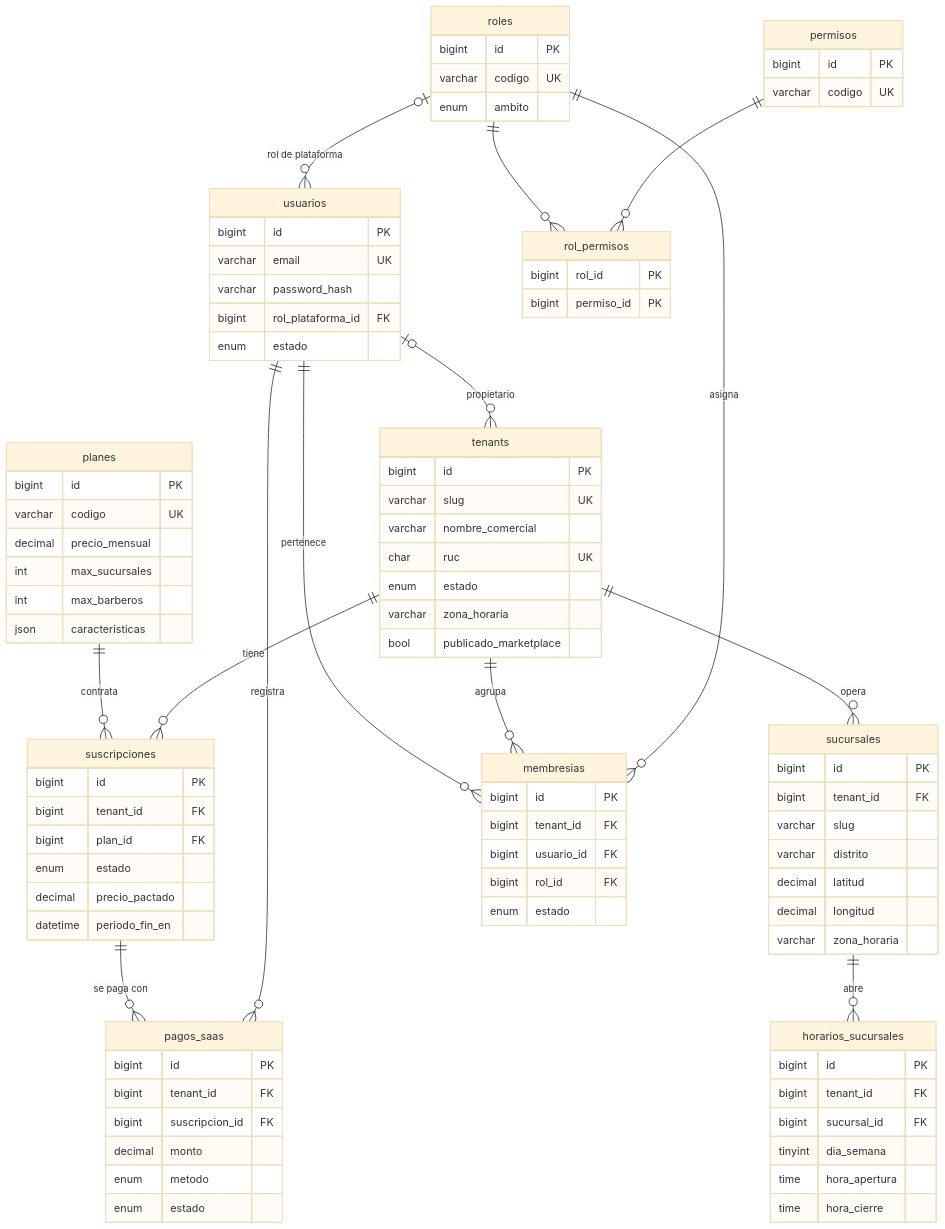
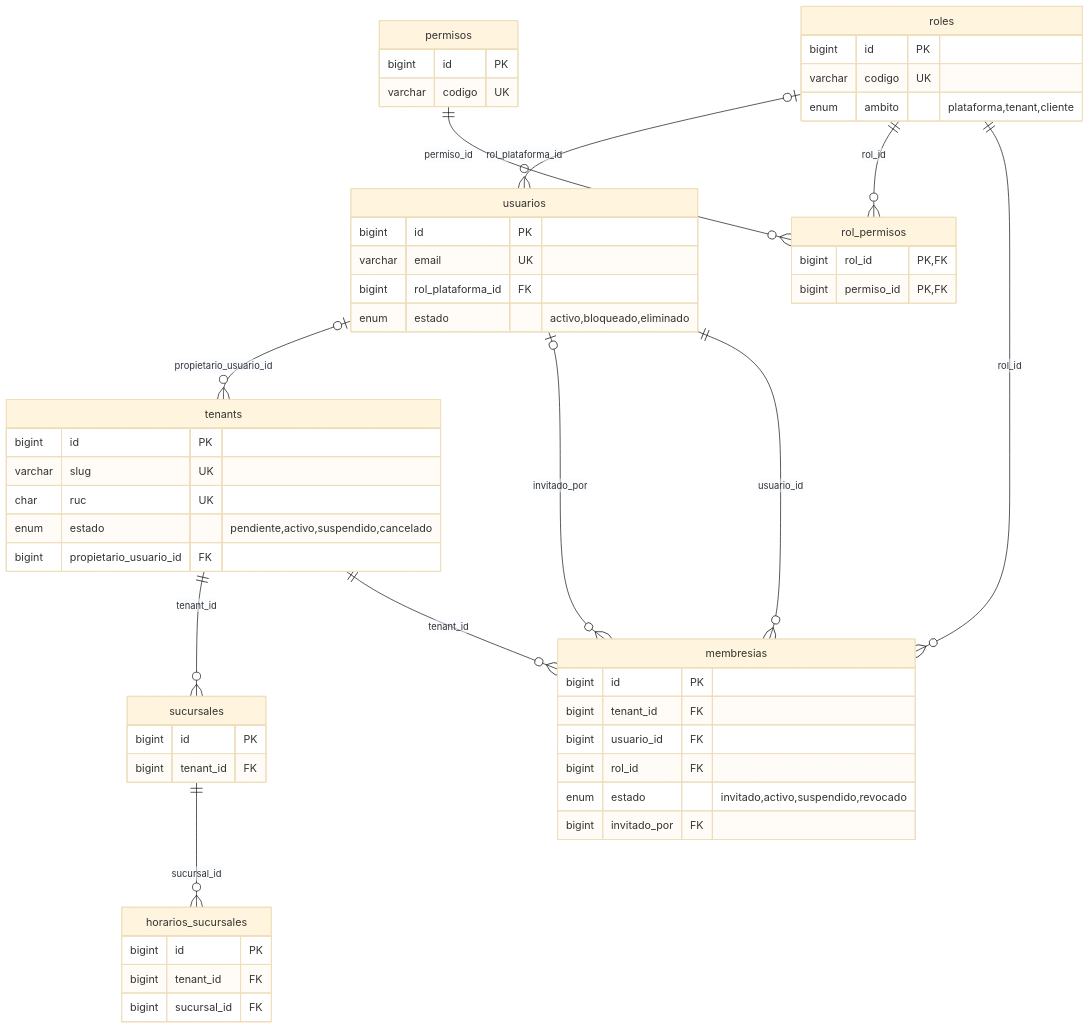
One commit to VituchoPeru/barberapp changed the first of 6 diagrams in docs/MODELO_ER.md. Above: the diagram before and after it, drawn with Mermaid (base theme). The commit also changed other lines of this file and 90 other files, not shown here.

````diff
--- a/docs/MODELO_ER.md
+++ b/docs/MODELO_ER.md
@@ -25,94 +57,56 @@
 ```mermaid
 erDiagram
-    planes ||--o{ suscripciones : "contrata"
-    tenants ||--o{ suscripciones : "tiene"
-    suscripciones ||--o{ pagos_saas : "se paga con"
-    usuarios ||--o{ pagos_saas : "registra"
-    tenants ||--o{ sucursales : "opera"
-    sucursales ||--o{ horarios_sucursales : "abre"
-    usuarios ||--o{ membresias : "pertenece"
-    tenants ||--o{ membresias : "agrupa"
-    roles ||--o{ membresias : "asigna"
-    roles ||--o{ rol_permisos : ""
-    permisos ||--o{ rol_permisos : ""
-    roles |o--o{ usuarios : "rol de plataforma"
-    usuarios |o--o{ tenants : "propietario"
-
-    planes {
-        bigint id PK
-        varchar codigo UK
-        decimal precio_mensual
-        int max_sucursales
-        int max_barberos
-        json caracteristicas
-    }
+    usuarios |o--o{ tenants : "propietario_usuario_id"
+    tenants ||--o{ sucursales : "tenant_id"
+    sucursales ||--o{ horarios_sucursales : "sucursal_id"
+    roles |o--o{ usuarios : "rol_plataforma_id"
+    permisos ||--o{ rol_permisos : "permiso_id"
+    roles ||--o{ rol_permisos : "rol_id"
+    usuarios |o--o{ membresias : "invitado_por"
+    roles ||--o{ membresias : "rol_id"
+    tenants ||--o{ membresias : "tenant_id"
+    usuarios ||--o{ membresias : "usuario_id"
     tenants {
         bigint id PK
         varchar slug UK
-        varchar nombre_comercial
         char ruc UK
-        enum estado
-        varchar zona_horaria
-        bool publicado_marketplace
+        enum estado "pendiente,activo,suspendido,cancelado"
+        bigint propietario_usuario_id FK
+    }
+    sucursales {
+        bigint id PK
+        bigint tenant_id FK
+    }
+    horarios_sucursales {
+        bigint id PK
+        bigint tenant_id FK
+        bigint sucursal_id FK
     }
     usuarios {
         bigint id PK
         varchar email UK
-        varchar password_hash
         bigint rol_plataforma_id FK
-        enum estado
+        enum estado "activo,bloqueado,eliminado"
     }
     roles {
         bigint id PK
         varchar codigo UK
-        enum ambito
+        enum ambito "plataforma,tenant,cliente"
     }
     permisos {
         bigint id PK
         varchar codigo UK
     }
     rol_permisos {
-        bigint rol_id PK
-        bigint permiso_id PK
+        bigint rol_id PK, FK
+        bigint permiso_id PK, FK
     }
     membresias {
         bigint id PK
         bigint tenant_id FK
         bigint usuario_id FK
         bigint rol_id FK
-        enum estado
-    }
-    sucursales {
-        bigint id PK
-        bigint tenant_id FK
-        varchar slug
-        varchar distrito
-        decimal latitud
-        decimal longitud
-        varchar zona_horaria
-    }
-    horarios_sucursales {
-        bigint id PK
-        bigint tenant_id FK
-        bigint sucursal_id FK
-        tinyint dia_semana
-        time hora_apertura
-        time hora_cierre
-    }
-    suscripciones {
-        bigint id PK
-        bigint tenant_id FK
-        bigint plan_id FK
-        enum estado
-        decimal precio_pactado
-        datetime periodo_fin_en
-    }
-    pagos_saas {
-        bigint id PK
-        bigint tenant_id FK
-        bigint suscripcion_id FK
-        decimal monto
-        enum metodo
-        enum estado
+        enum estado "invitado,activo,suspendido,revocado"
+        bigint invitado_por FK
     }
 ```
````
